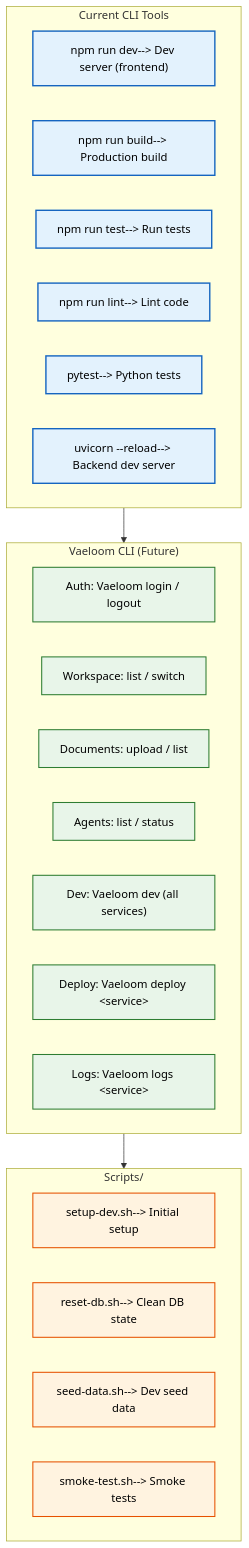
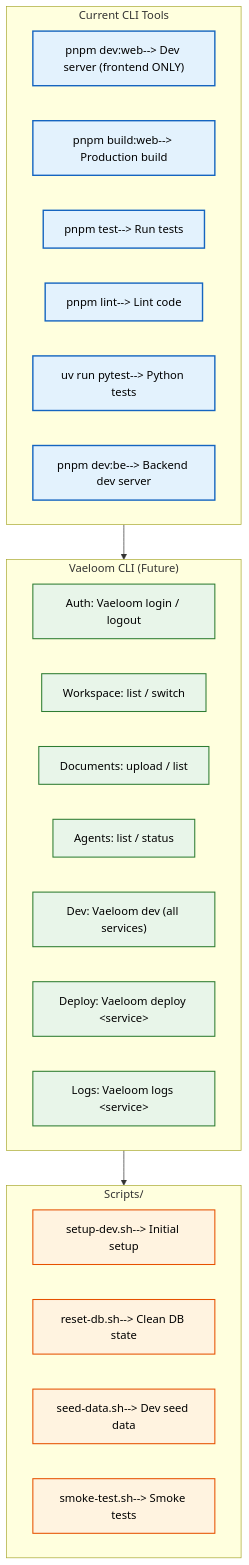
Before and after one commit to Driftloom/Vaeloom: the diagram in docs/developer-experience/CLI.md, drawn with Mermaid. The commit also changed other lines of this file and 47 other files, not shown here.

````diff
--- a/docs/developer-experience/CLI.md
+++ b/docs/developer-experience/CLI.md
@@ -8,38 +8,38 @@
 ```mermaid
 graph TD
  classDef current fill:#e3f2fd,stroke:#1565c0,color:#000,stroke-width:2px
  classDef planned fill:#e8f5e9,stroke:#2e7d32,color:#000,stroke-width:1.5px
  classDef scripts fill:#fff3e0,stroke:#e65100,color:#000,stroke-width:1.5px
 
- subgraph Current["Current CLI Tools"]
- C1["npm run dev--> Dev server (frontend)"]
- C2["npm run build--> Production build"]
- C3["npm run test--> Run tests"]
- C4["npm run lint--> Lint code"]
- C5["pytest--> Python tests"]
- C6["uvicorn --reload--> Backend dev server"]
+  subgraph Current["Current CLI Tools"]
+  C1["pnpm dev:web--> Dev server (frontend ONLY)"]
+  C2["pnpm build:web--> Production build"]
+  C3["pnpm test--> Run tests"]
+  C4["pnpm lint--> Lint code"]
+  C5["uv run pytest--> Python tests"]
+  C6["pnpm dev:be--> Backend dev server"]
  end
 
  subgraph Planned["Vaeloom CLI (Future)"]
  P1["Auth: Vaeloom login / logout"]
  P2["Workspace: list / switch"]
  P3["Documents: upload / list"]
  P4["Agents: list / status"]
  P5["Dev: Vaeloom dev (all services)"]
  P6["Deploy: Vaeloom deploy &lt;service&gt;"]
  P7["Logs: Vaeloom logs &lt;service&gt;"]
  end
 
  subgraph Scripts["Scripts/"]
  S1["setup-dev.sh--> Initial setup"]
  S2["reset-db.sh--> Clean DB state"]
  S3["seed-data.sh--> Dev seed data"]
  S4["smoke-test.sh--> Smoke tests"]
  end
 
  Current--> Planned--> Scripts
 
  class C1,C2,C3,C4,C5,C6 current
  class P1,P2,P3,P4,P5,P6,P7 planned
  class S1,S2,S3,S4 scripts
 ```
````
